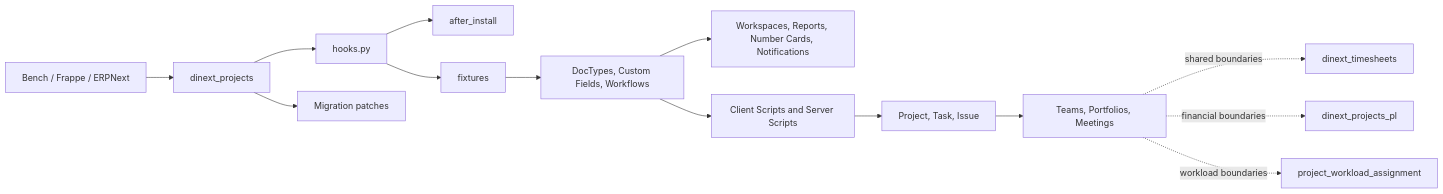
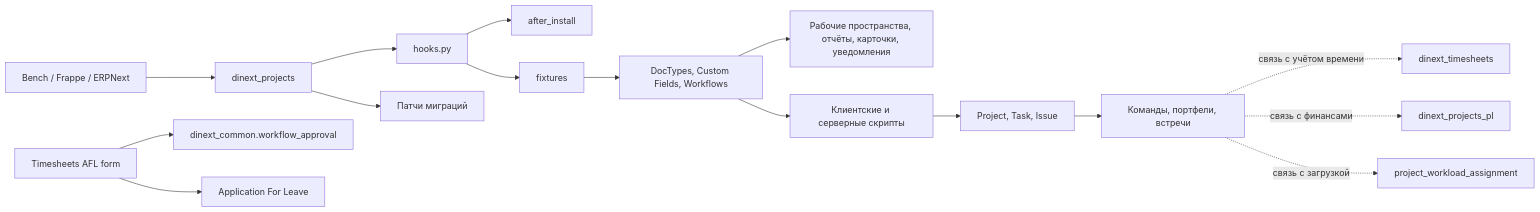
The diagram in README.ru.md (Dinext-pro/dinext-projects), drawn with Mermaid before and after one commit. The commit also changed other lines of this file and 31 other files, not shown here.

Commit message:
Integrate project approvals and the project-side leave integration

````diff
--- a/README.ru.md
+++ b/README.ru.md
@@ -322,16 +344,18 @@
 ```mermaid
 flowchart LR
   Bench[Bench / Frappe / ERPNext] --> App[dinext_projects]
   App --> Hooks[hooks.py]
   Hooks --> Install[after_install]
   Hooks --> Fixtures[fixtures]
   Fixtures --> Metadata[DocTypes, Custom Fields, Workflows]
-  Metadata --> Desk[Workspaces, Reports, Number Cards, Notifications]
-  Metadata --> Automation[Client Scripts and Server Scripts]
+  Metadata --> Desk[Рабочие пространства, отчёты, карточки, уведомления]
+  Metadata --> Automation[Клиентские и серверные скрипты]
   Automation --> Core[Project, Task, Issue]
-  Core --> PM[Teams, Portfolios, Meetings]
-  App --> Patches[Migration patches]
-  PM -. shared boundaries .-> Timesheets[dinext_timesheets]
-  PM -. financial boundaries .-> Finance[dinext_projects_pl]
-  PM -. workload boundaries .-> Workload[project_workload_assignment]
+  Core --> PM[Команды, портфели, встречи]
+  App --> Patches[Патчи миграций]
+  PM -. связь с учётом времени .-> Timesheets[dinext_timesheets]
+  PM -. связь с финансами .-> Finance[dinext_projects_pl]
+  PM -. связь с загрузкой .-> Workload[project_workload_assignment]
+  AFLJs[Timesheets AFL form] --> CommonEngine[dinext_common.workflow_approval]
+  AFLJs --> AFLDoc[Application For Leave]
 ```
````
